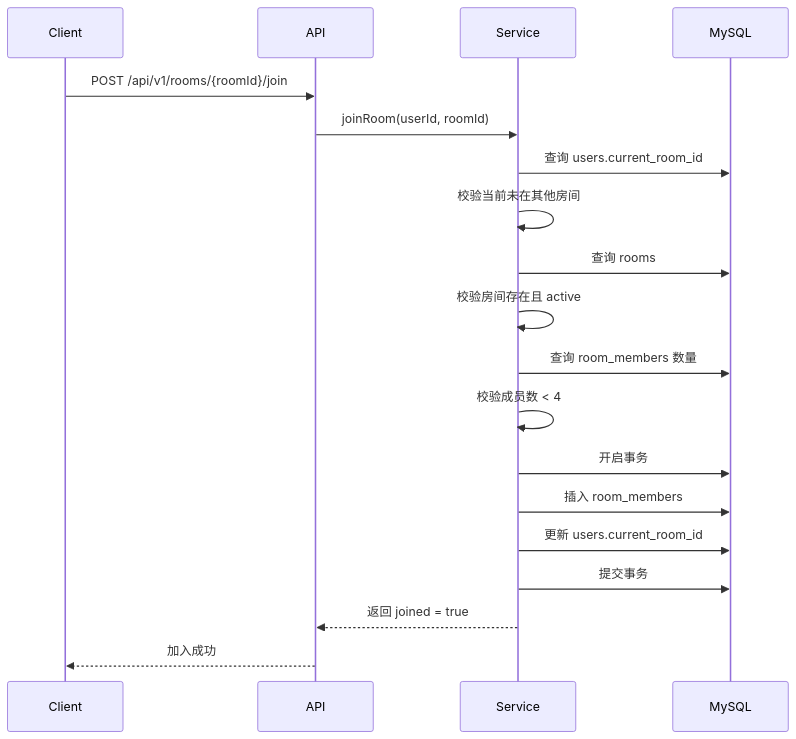
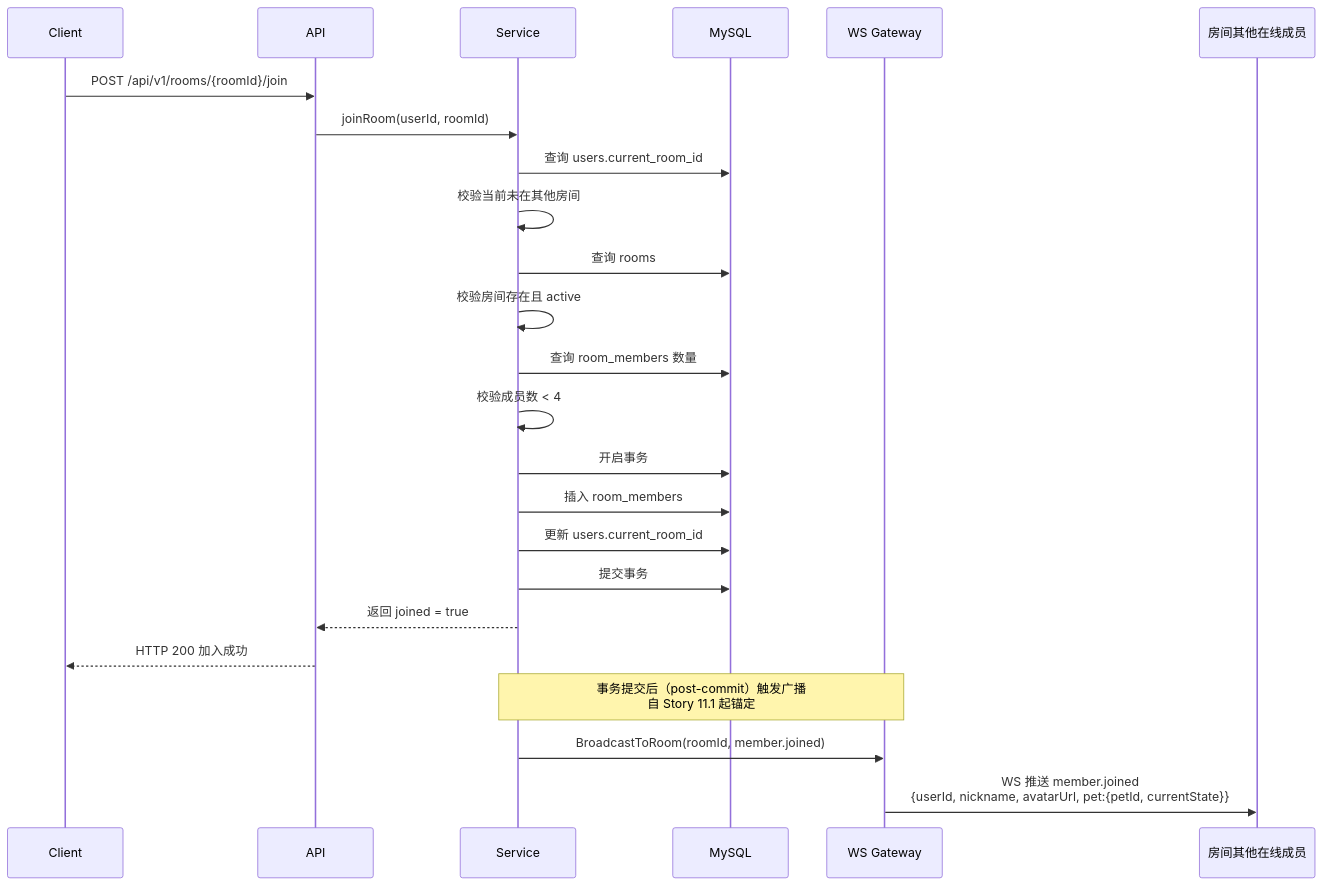
Before and after one commit to huing7373/catc: the ninth of 12 diagrams in docs/宠物互动App_时序图与核心业务流程设计.md, drawn with Mermaid. The commit also changed other lines of this file and 3 other files, not shown here.

First line of the commit message:
fix(review): 11-1 r6 — snapshot 示例 currentState 与字段表对齐 + §11.2/§12.2 mermaid 补 broadcast/close 4007

````diff
--- a/docs/宠物互动App_时序图与核心业务流程设计.md
+++ b/docs/宠物互动App_时序图与核心业务流程设计.md
@@ -439,22 +439,27 @@
 ```mermaid
 sequenceDiagram
     participant Client
     participant API
     participant Service
     participant MySQL
+    participant WSGateway as WS Gateway
+    participant Others as 房间其他在线成员
 
     Client->>API: POST /api/v1/rooms/{roomId}/join
     API->>Service: joinRoom(userId, roomId)
     Service->>MySQL: 查询 users.current_room_id
     Service->>Service: 校验当前未在其他房间
     Service->>MySQL: 查询 rooms
     Service->>Service: 校验房间存在且 active
     Service->>MySQL: 查询 room_members 数量
     Service->>Service: 校验成员数 < 4
     Service->>MySQL: 开启事务
     Service->>MySQL: 插入 room_members
     Service->>MySQL: 更新 users.current_room_id
     Service->>MySQL: 提交事务
     Service-->>API: 返回 joined = true
-    API-->>Client: 加入成功
+    API-->>Client: HTTP 200 加入成功
+    Note over Service,WSGateway: 事务提交后（post-commit）触发广播<br/>自 Story 11.1 起锚定
+    Service->>WSGateway: BroadcastToRoom(roomId, member.joined)
+    WSGateway->>Others: WS 推送 member.joined<br/>{userId, nickname, avatarUrl, pet:{petId, currentState}}
 ```
````
